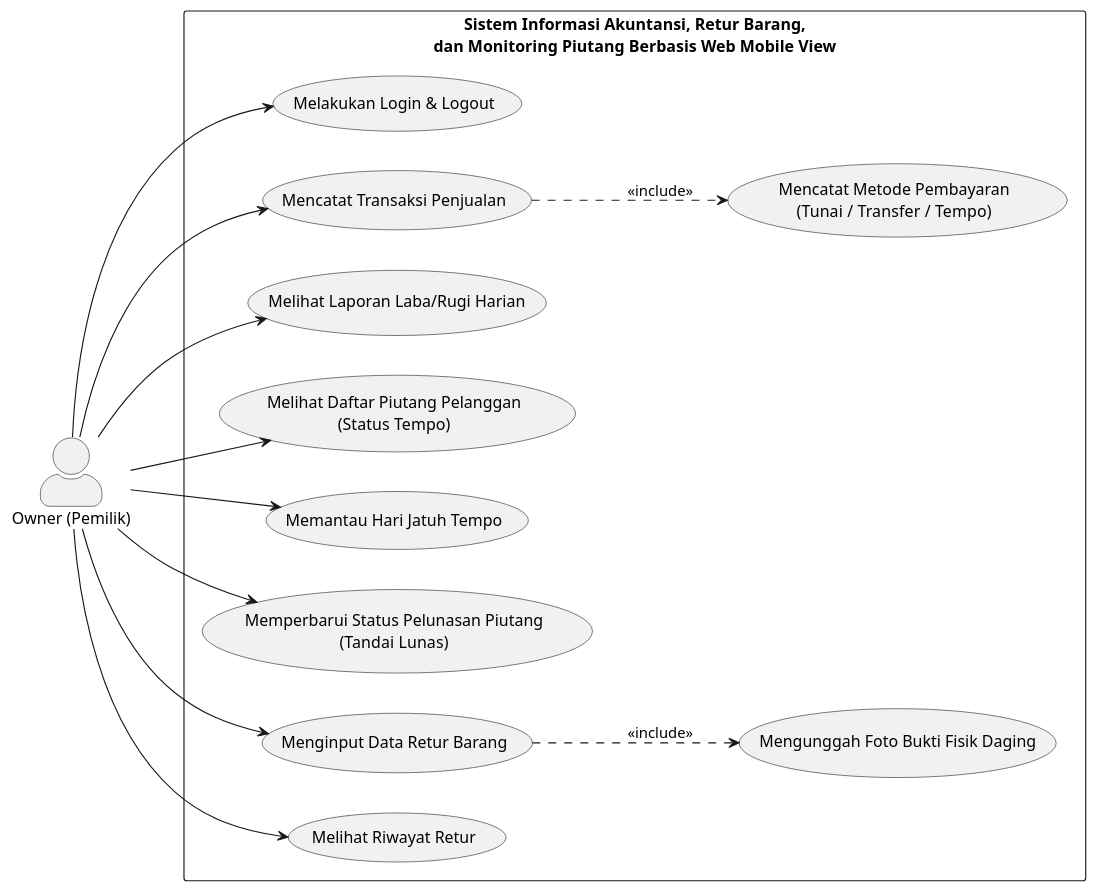
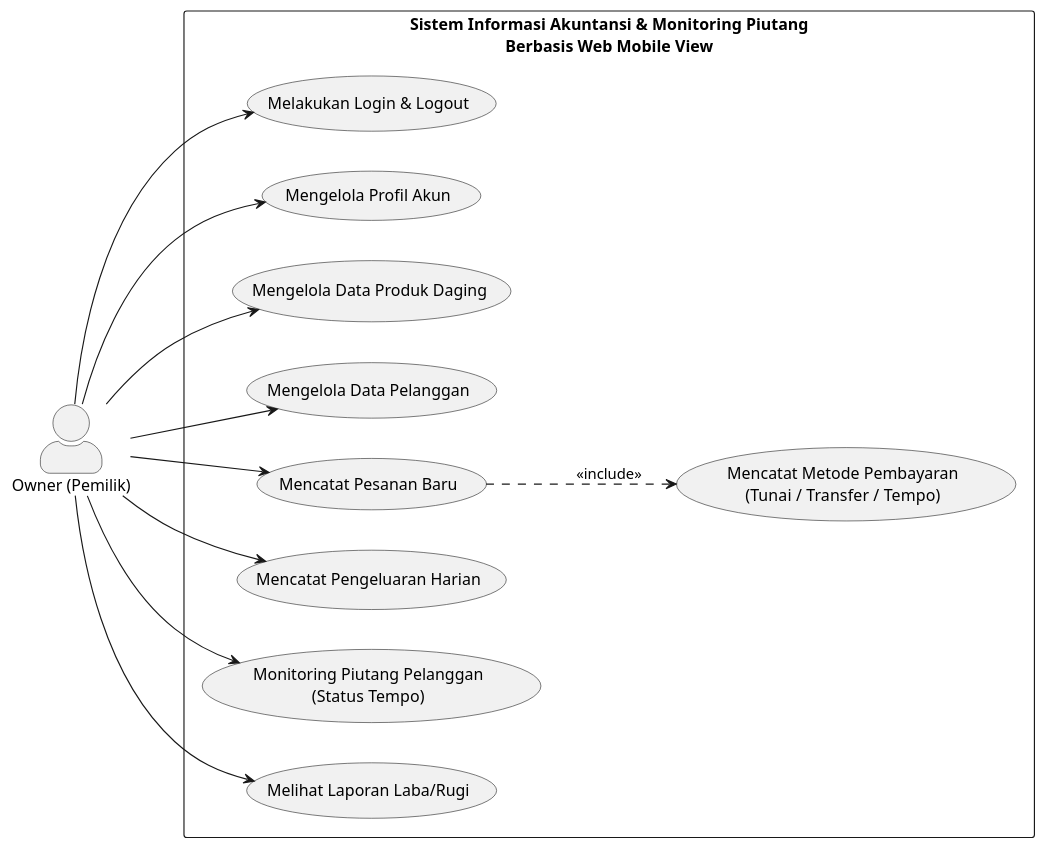
One commit to anandajuliar/umlcapstone changed the diagram in usecase.puml. Above: the diagram before and after it, drawn with PlantUML. The commit also changed 1 other file, not shown here.

Commit message:
update fitur

```diff
--- a/usecase.puml
+++ b/usecase.puml
@@ -1,43 +1,41 @@
 @startuml
 left to right direction
 skinparam packageStyle rectangle
 skinparam actorStyle awesome
 
 actor "Owner (Pemilik)" as owner
 
-rectangle "Sistem Informasi Akuntansi, Retur Barang,\ndan Monitoring Piutang Berbasis Web Mobile View" {
+rectangle "Sistem Informasi Akuntansi & Monitoring Piutang\nBerbasis Web Mobile View" {
     
-    '--- Modul Akses ---
+    '--- Akses ---
     usecase "Melakukan Login & Logout" as UC_Login
+    usecase "Mengelola Profil Akun" as UC_Profil
     
-    '--- Modul Akuntansi & Transaksi ---
-    usecase "Mencatat Transaksi Penjualan" as UC_Penjualan
+    '--- Core Fitur Master ---
+    usecase "Mengelola Data Produk Daging" as UC_Produk
+    usecase "Mengelola Data Pelanggan" as UC_Pelangan
+    
+    '--- Transaksi & Operasional ---
+    usecase "Mencatat Pesanan Baru" as UC_Pesanan
     usecase "Mencatat Metode Pembayaran\n(Tunai / Transfer / Tempo)" as UC_Bayar
-    usecase "Melihat Laporan Laba/Rugi Harian" as UC_LabaRugi
+    usecase "Mencatat Pengeluaran Harian" as UC_Pengeluaran
     
-    '--- Modul Monitoring Piutang ---
-    usecase "Melihat Daftar Piutang Pelanggan\n(Status Tempo)" as UC_Piutang
-    usecase "Memantau Hari Jatuh Tempo" as UC_NotifTempo
-    usecase "Memperbarui Status Pelunasan Piutang\n(Tandai Lunas)" as UC_StatusPiutang
-    
-    '--- Modul Retur Barang ---
-    usecase "Menginput Data Retur Barang" as UC_InputRetur
-    usecase "Mengunggah Foto Bukti Fisik Daging" as UC_FotoRetur
-    usecase "Melihat Riwayat Retur" as UC_RiwayatRetur
+    '--- Monitoring & Akuntansi ---
+    usecase "Monitoring Piutang Pelanggan\n(Status Tempo)" as UC_Piutang
+    usecase "Melihat Laporan Laba/Rugi" as UC_LabaRugi
 }
 
-'--- Hubungan Aktor ---
+'--- Hubungan Owner ---
 owner --> UC_Login
-owner --> UC_Penjualan
+owner --> UC_Profil
+owner --> UC_Produk
+owner --> UC_Pelangan
+owner --> UC_Pesanan
+owner --> UC_Pengeluaran
+owner --> UC_Piutang
 owner --> UC_LabaRugi
-owner --> UC_Piutang
-owner --> UC_NotifTempo
-owner --> UC_StatusPiutang
-owner --> UC_InputRetur
-owner --> UC_RiwayatRetur
 
-'--- Relasi Include ---
-UC_Penjualan ..> UC_Bayar : <<include>>
-UC_InputRetur ..> UC_FotoRetur : <<include>>
+'--- Include ---
+UC_Pesanan ..> UC_Bayar : <<include>>
 
 @enduml
```
